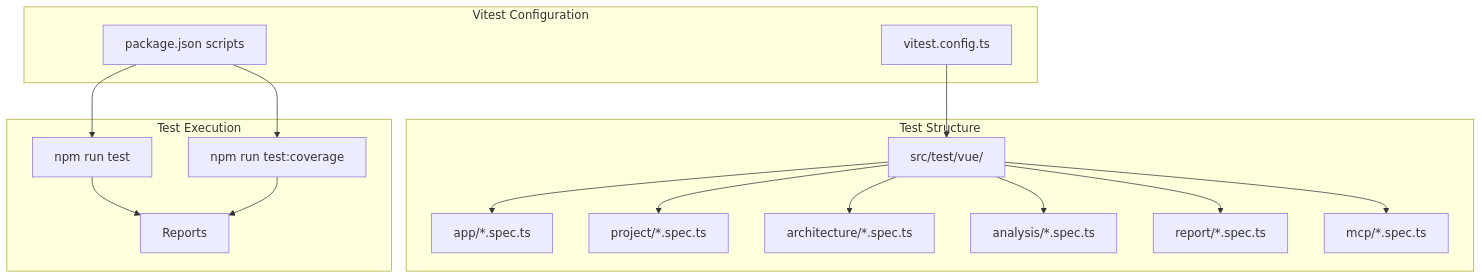
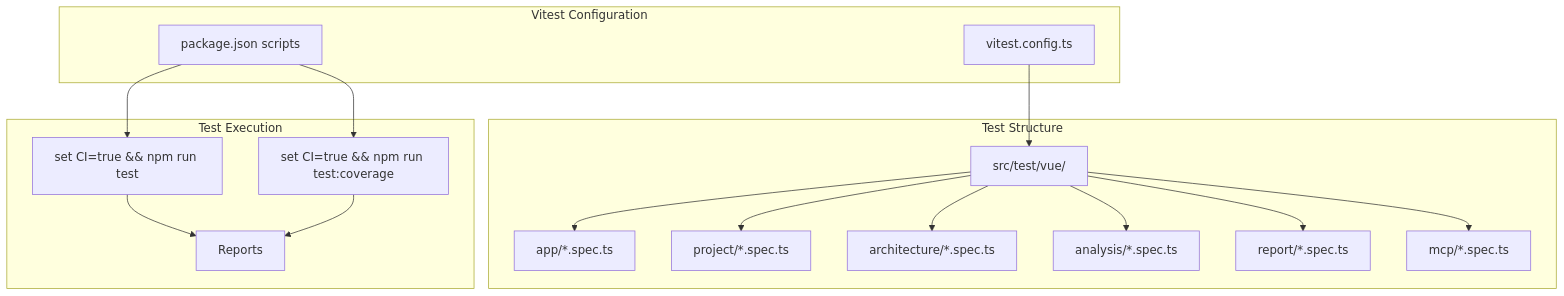
One commit to Lezhik/SpringTwin changed the diagram in docs/tasks/sprint-1/F1.2-vitest-unit-tests.md. Above: the diagram before and after it, drawn with Mermaid. The commit also changed other lines of this file and 9 other files, not shown here.

````diff
--- a/docs/tasks/sprint-1/F1.2-vitest-unit-tests.md
+++ b/docs/tasks/sprint-1/F1.2-vitest-unit-tests.md
@@ -36,37 +36,37 @@
 ```mermaid
 graph TD
     subgraph Vitest Configuration
         vitest_config[vitest.config.ts]
         package_json[package.json scripts]
     end
     
     subgraph Test Structure
         test_vue[src/test/vue/]
         app_tests[app/*.spec.ts]
         project_tests[project/*.spec.ts]
         architecture_tests[architecture/*.spec.ts]
         analysis_tests[analysis/*.spec.ts]
         report_tests[report/*.spec.ts]
         mcp_tests[mcp/*.spec.ts]
     end
     
     subgraph Test Execution
-        npm_test[npm run test]
-        npm_coverage[npm run test:coverage]
+        npm_test[set CI=true && npm run test]
+        npm_coverage[set CI=true && npm run test:coverage]
         reports[Reports]
     end
     
     vitest_config --> test_vue
     package_json --> npm_test
     package_json --> npm_coverage
     
     test_vue --> app_tests
     test_vue --> project_tests
     test_vue --> architecture_tests
     test_vue --> analysis_tests
     test_vue --> report_tests
     test_vue --> mcp_tests
     
     npm_test --> reports
     npm_coverage --> reports
 ```
````
